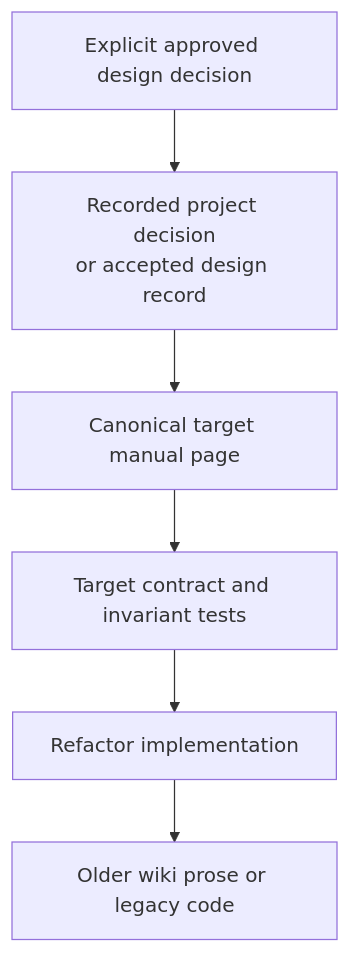
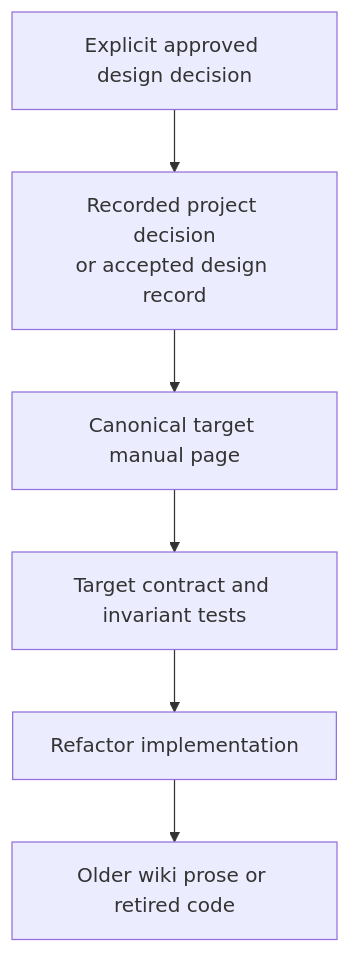
Before and after one commit to markhuangai/dense-mem: the first of 6 diagrams in Documentation-Maintenance.md, drawn with Mermaid. The commit also changed other lines of this file and 23 other files, not shown here.

````diff
--- a/Documentation-Maintenance.md
+++ b/Documentation-Maintenance.md
@@ -26,9 +26,9 @@
 ```mermaid
 %%{init: {"flowchart": {"curve": "linear"}}}%%
 flowchart TD
   Decision["Explicit approved design decision"] --> Memory["Recorded project decision<br/>or accepted design record"]
   Memory --> Canonical["Canonical target manual page"]
   Canonical --> Tests["Target contract and invariant tests"]
   Tests --> Code["Refactor implementation"]
-  Code --> Old["Older wiki prose or legacy code"]
+  Code --> Old["Older wiki prose or retired code"]
 ```
````
